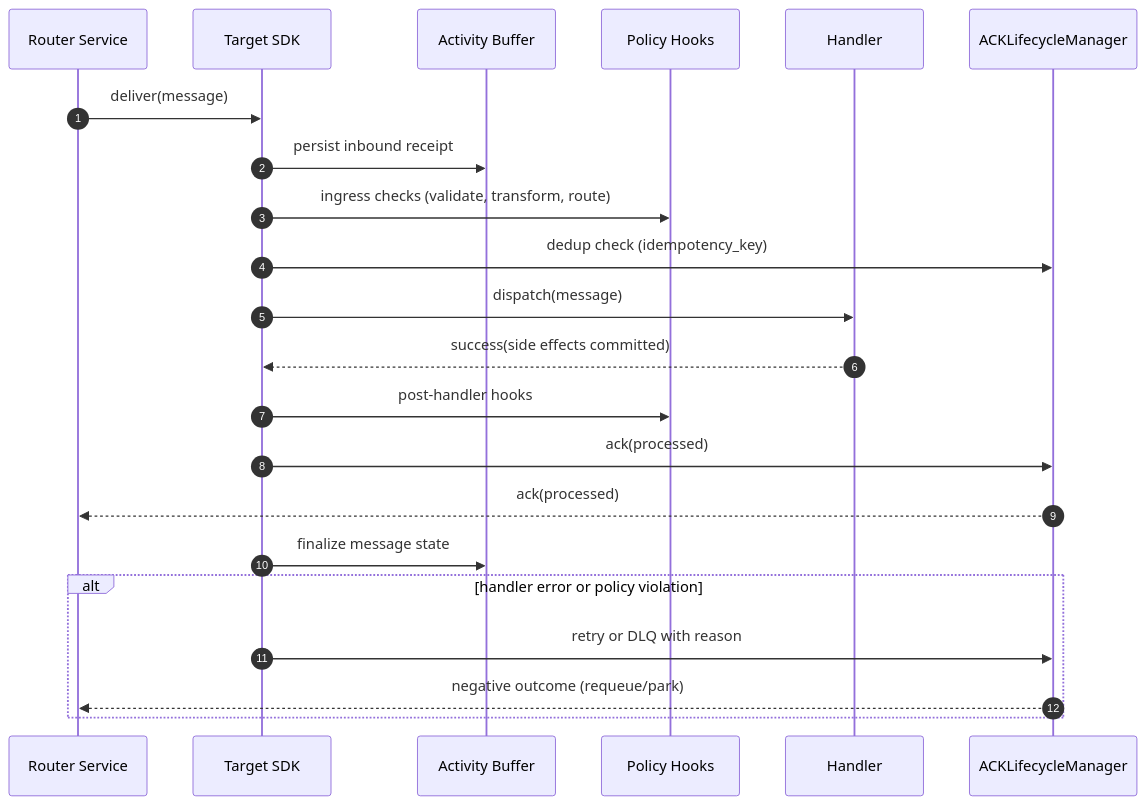
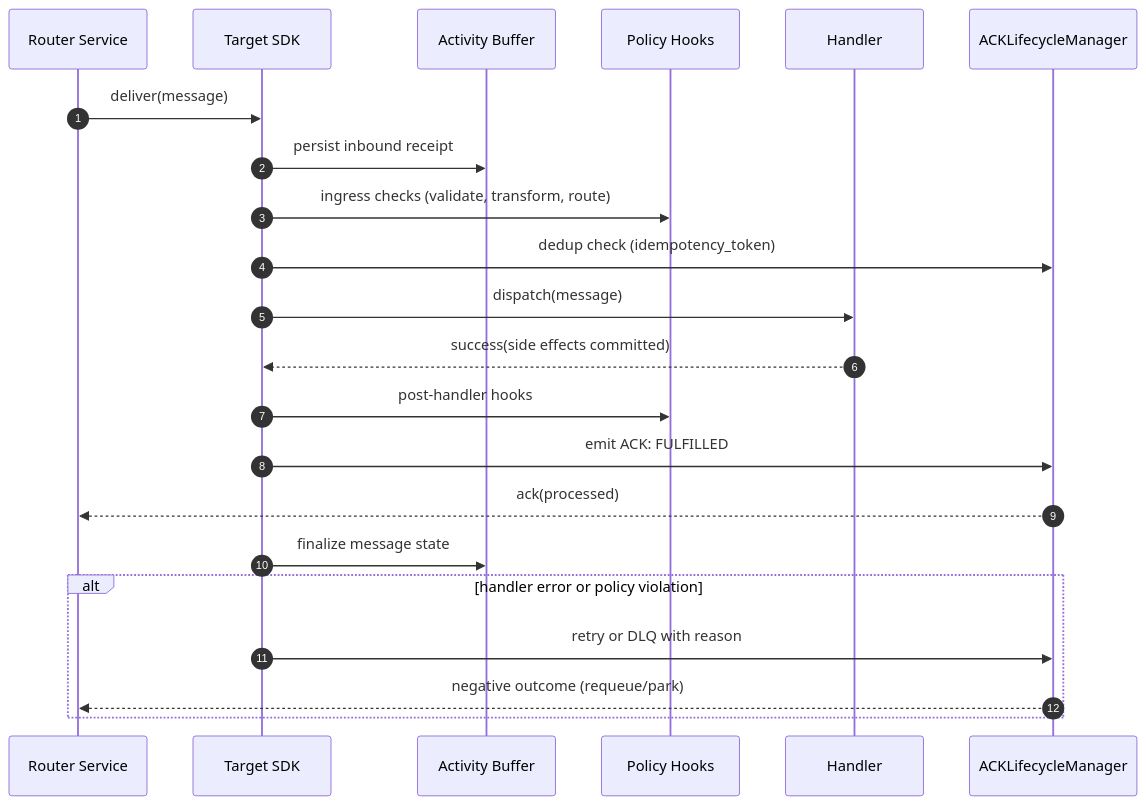
One commit to rahulrajaram/sw4rm changed the third of 3 diagrams in documentation/architecture/index.md. Above: the diagram before and after it, drawn with Mermaid. The commit also changed other lines of this file and 7 other files, not shown here.

````diff
--- a/documentation/architecture/index.md
+++ b/documentation/architecture/index.md
@@ -123,26 +127,26 @@
 ```mermaid
 sequenceDiagram
     autonumber
     participant RTR as Router Service
     participant SDK as Target SDK
     participant AB as Activity Buffer
     participant POL as Policy Hooks
     participant HND as Handler
     participant ACK as ACKLifecycleManager
 
     RTR->>SDK: deliver(message)
     SDK->>AB: persist inbound receipt
     SDK->>POL: ingress checks (validate, transform, route)
-    SDK->>ACK: dedup check (idempotency_key)
+    SDK->>ACK: dedup check (idempotency_token)
     SDK->>HND: dispatch(message)
     HND-->>SDK: success(side effects committed)
     SDK->>POL: post-handler hooks
-    SDK->>ACK: ack(processed)
+    SDK->>ACK: emit ACK: FULFILLED
     ACK-->>RTR: ack(processed)
     SDK->>AB: finalize message state
 
     alt handler error or policy violation
       SDK->>ACK: retry or DLQ with reason
       ACK-->>RTR: negative outcome (requeue/park)
     end
 ```
````
